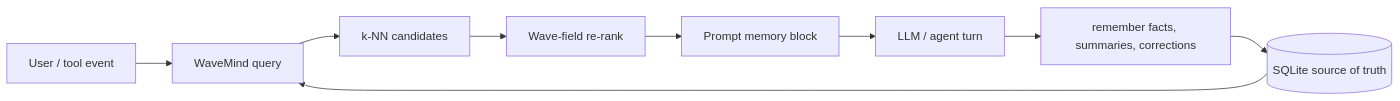
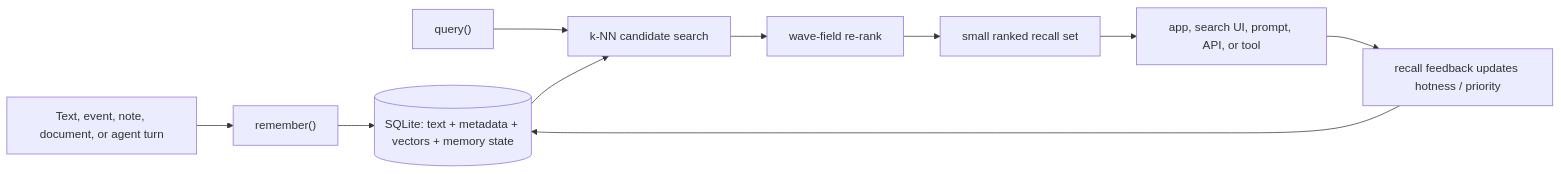
One commit to CaspianG/wavemind changed the diagram in README.md. Above: the diagram before and after it, drawn with Mermaid. The commit also changed other lines of this file and 2 other files, not shown here.

Commit message:
Clarify dynamic memory roadmap

````diff
--- a/README.md
+++ b/README.md
@@ -34,11 +63,12 @@
 ```mermaid
 flowchart LR
-    U[User / tool event] --> R[WaveMind query]
-    R --> K[k-NN candidates]
-    K --> W[Wave-field re-rank]
-    W --> P[Prompt memory block]
-    P --> L[LLM / agent turn]
-    L --> S[remember facts, summaries, corrections]
-    S --> D[(SQLite source of truth)]
-    D --> R
+    A["Text, event, note, document, or agent turn"] --> S["remember()"]
+    S --> D[("SQLite: text + metadata + vectors + memory state")]
+    Q["query()"] --> K["k-NN candidate search"]
+    D --> K
+    K --> W["wave-field re-rank"]
+    W --> R["small ranked recall set"]
+    R --> P["app, search UI, prompt, API, or tool"]
+    P --> F["recall feedback updates hotness / priority"]
+    F --> D
 ```
````
